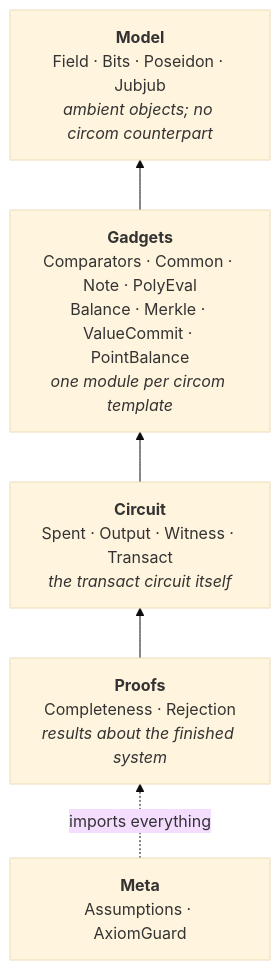
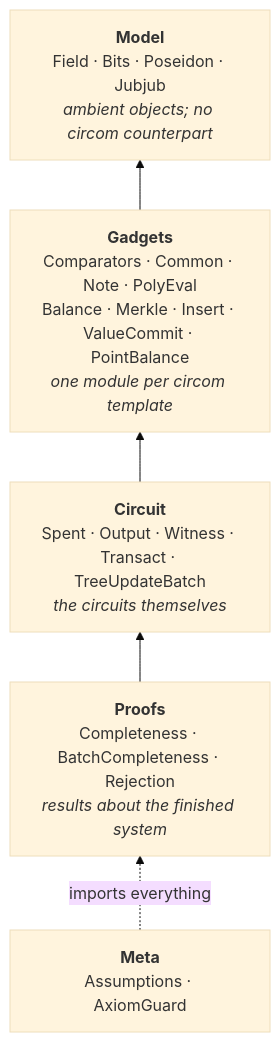
One commit to lelantos-org/circuits changed the third of 3 diagrams in lean/README.md. Above: the diagram before and after it, drawn with Mermaid (base theme). The commit also changed other lines of this file and 93 other files, not shown here.

````diff
--- a/lean/README.md
+++ b/lean/README.md
@@ -358,13 +354,13 @@
 ```mermaid
 flowchart BT
     MODEL["<b>Model</b><br/>Field · Bits · Poseidon · Jubjub<br/><i>ambient objects; no circom counterpart</i>"]
-    GADGETS["<b>Gadgets</b><br/>Comparators · Common · Note · PolyEval<br/>Balance · Merkle · ValueCommit · PointBalance<br/><i>one module per circom template</i>"]
-    CIRCUIT["<b>Circuit</b><br/>Spent · Output · Witness · Transact<br/><i>the transact circuit itself</i>"]
-    PROOFS["<b>Proofs</b><br/>Completeness · Rejection<br/><i>results about the finished system</i>"]
+    GADGETS["<b>Gadgets</b><br/>Comparators · Common · Note · PolyEval<br/>Balance · Merkle · Insert · ValueCommit · PointBalance<br/><i>one module per circom template</i>"]
+    CIRCUIT["<b>Circuit</b><br/>Spent · Output · Witness · Transact · TreeUpdateBatch<br/><i>the circuits themselves</i>"]
+    PROOFS["<b>Proofs</b><br/>Completeness · BatchCompleteness · Rejection<br/><i>results about the finished system</i>"]
     META["<b>Meta</b><br/>Assumptions · AxiomGuard"]
 
     GADGETS --> MODEL
     CIRCUIT --> GADGETS
     PROOFS --> CIRCUIT
     META -.->|imports everything| PROOFS
 ```
````
